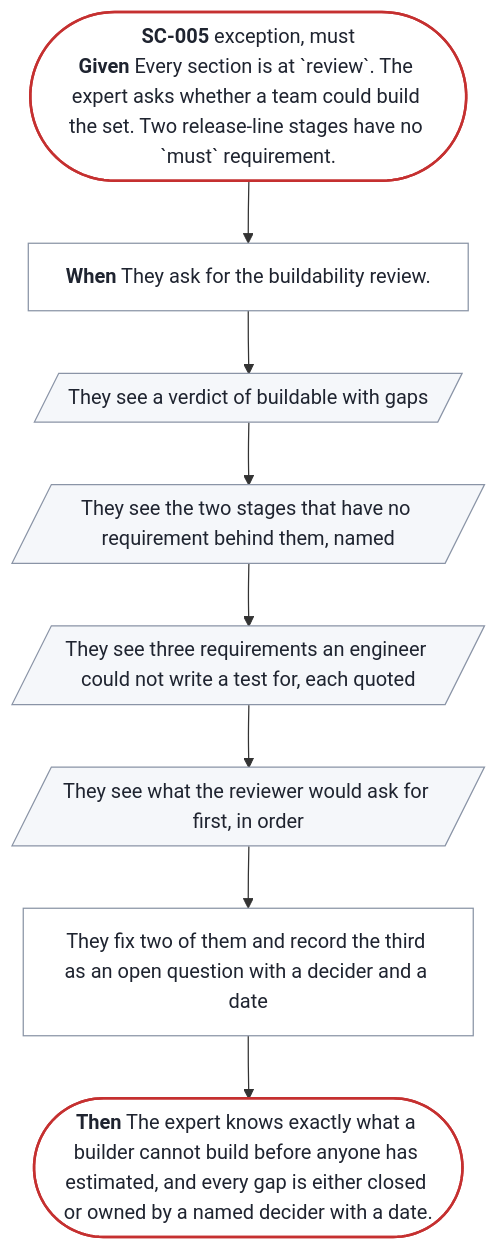
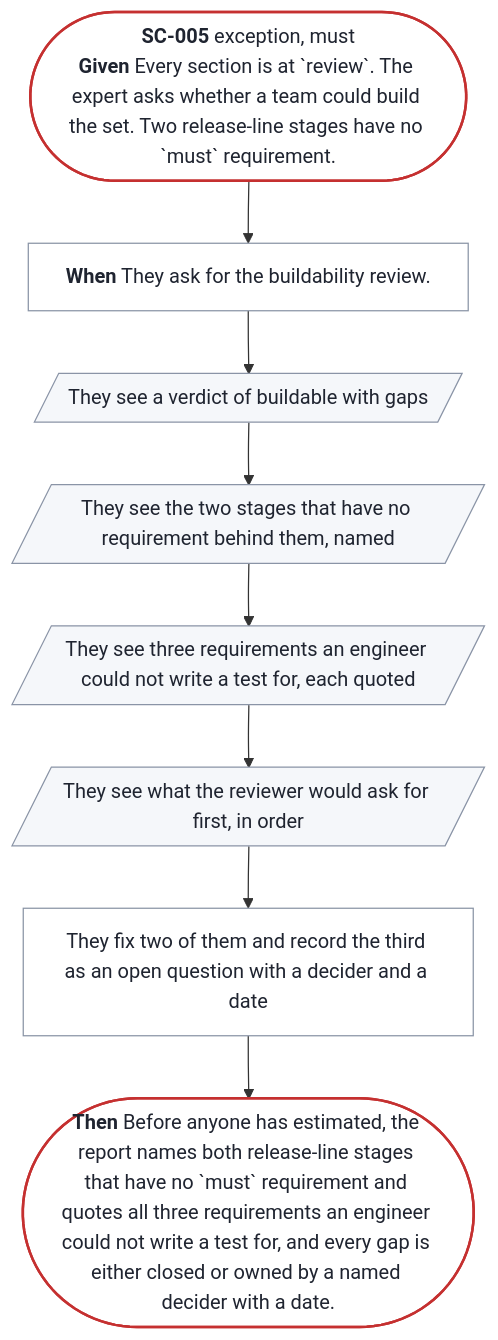
One commit to SpillwaveSolutions/prd-forge changed the diagram in docs/prd/prd-forge/diagrams/SC-005.mmd. Above: the diagram before and after it, drawn with Mermaid. The commit also changed 32 other files, not shown here.

```diff
--- a/docs/prd/prd-forge/diagrams/SC-005.mmd
+++ b/docs/prd/prd-forge/diagrams/SC-005.mmd
@@ -1,22 +1,22 @@
 %% Generated by prd-diagrams.mjs from the scenario front matter. Do not edit.
 %%{init: {"flowchart": {"wrappingWidth": 300}}}%%
 flowchart TB
   start(["<b>SC-005</b> exception, must<br/><b>Given</b> Every section is at `review`. The expert asks whether a team could build the set. Two release-line stages have no `must` requirement."])
   trigger["<b>When</b> They ask for the buildability review."]
   s0[/"They see a verdict of buildable with gaps"/]
   s1[/"They see the two stages that have no requirement behind them, named"/]
   s2[/"They see three requirements an engineer could not write a test for, each quoted"/]
   s3[/"They see what the reviewer would ask for first, in order"/]
   s4["They fix two of them and record the third as an open question with a decider and a date"]
-  done(["<b>Then</b> The expert knows exactly what a builder cannot build before anyone has estimated, and every gap is either closed or owned by a named decider with a date."])
+  done(["<b>Then</b> Before anyone has estimated, the report names both release-line stages that have no `must` requirement and quotes all three requirements an engineer could not write a test for, and every gap is either closed or owned by a named decider with a date."])
   start --> trigger --> s0 --> s1 --> s2 --> s3 --> s4 --> done
   classDef ends fill:#FFFFFF,stroke:#C53030,stroke-width:2px,color:#1F2430
   classDef sees fill:#F5F7FA,stroke:#8A94A6,color:#1F2430
   classDef does fill:#FFFFFF,stroke:#8A94A6,color:#1F2430
   class start,done ends
   class s0 sees
   class s1 sees
   class s2 sees
   class s3 sees
   class s4 does
   class trigger does
```
